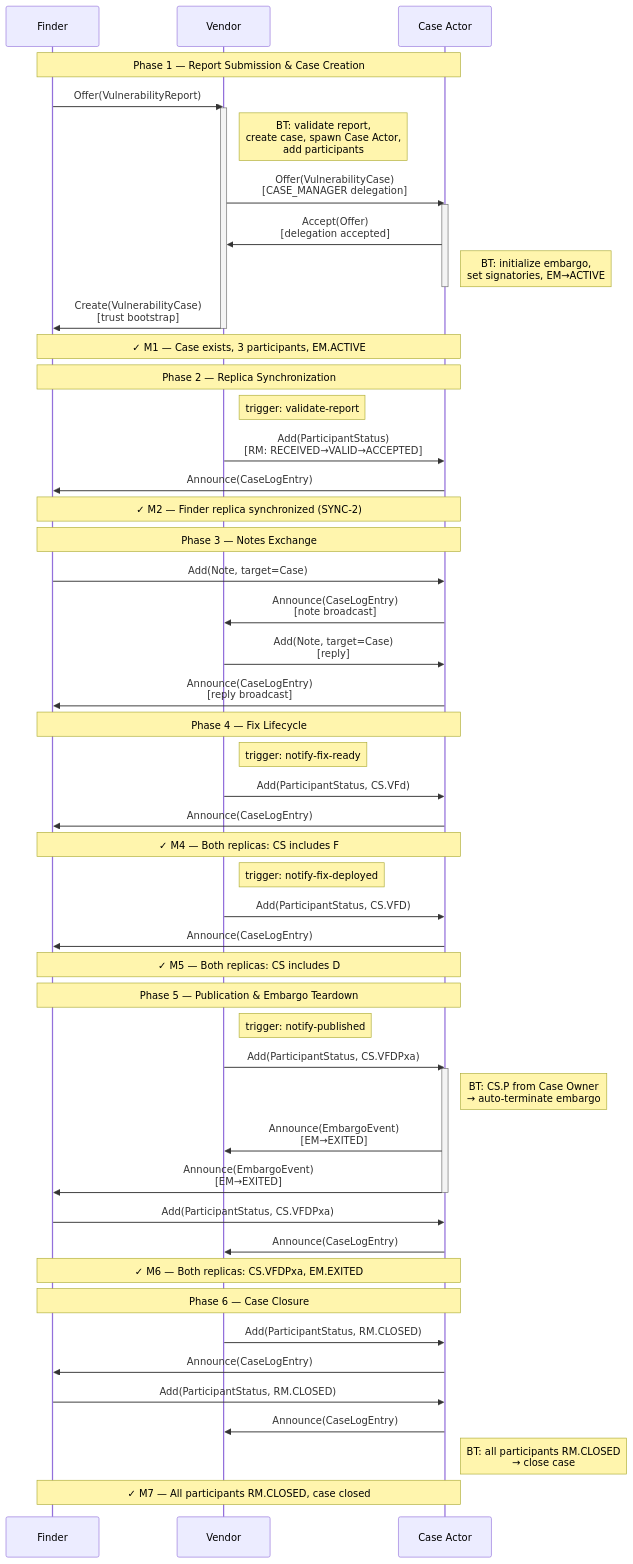
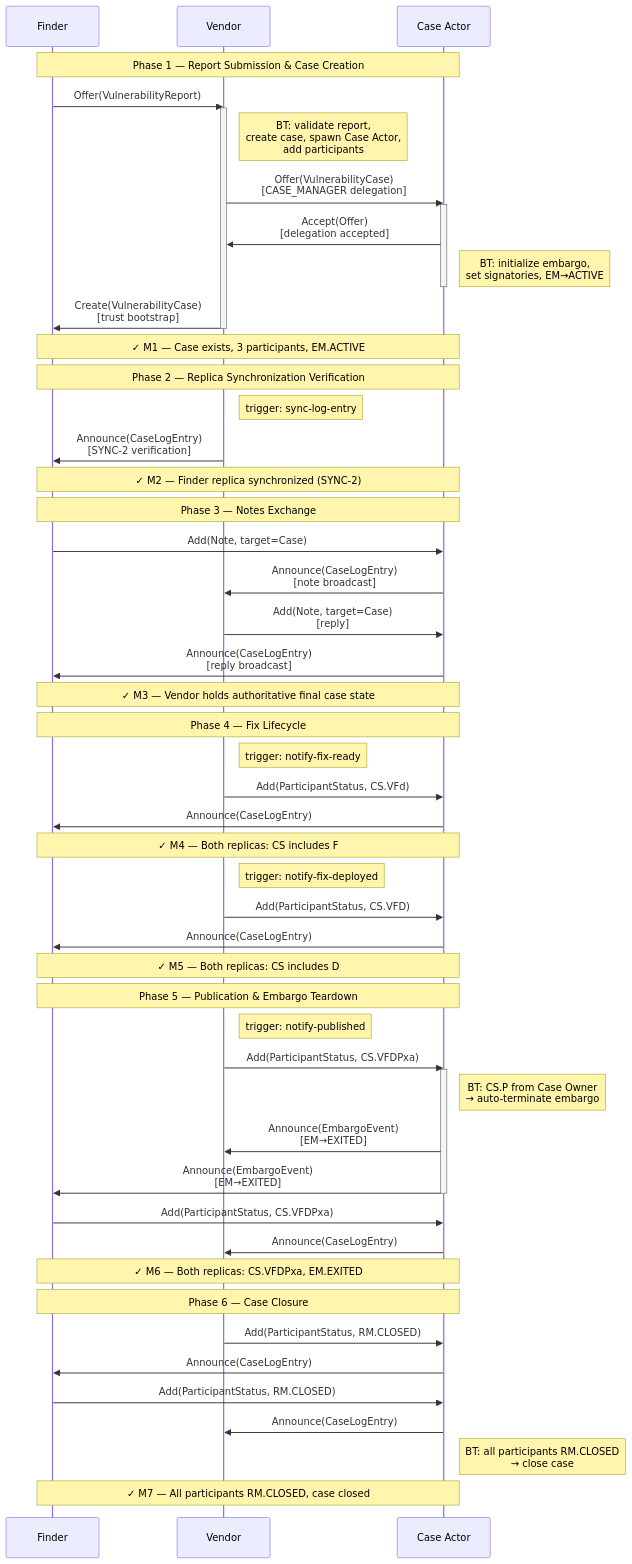
Before and after one commit to CERTCC/Vultron: the diagram in docs/reference/two-actor-demo-protocol.md, drawn with Mermaid. The commit also changed other lines of this file, not shown here.

````diff
--- a/docs/reference/two-actor-demo-protocol.md
+++ b/docs/reference/two-actor-demo-protocol.md
@@ -40,68 +39,69 @@
 ```mermaid
 sequenceDiagram
     participant F as Finder
     participant V as Vendor
     participant CA as Case Actor
 
     note over F,CA: Phase 1 — Report Submission & Case Creation
 
     F->>V: Offer(VulnerabilityReport)
     activate V
     note right of V: BT: validate report,<br/>create case, spawn Case Actor,<br/>add participants
     V->>CA: Offer(VulnerabilityCase)<br/>[CASE_MANAGER delegation]
     activate CA
     CA->>V: Accept(Offer)<br/>[delegation accepted]
     note right of CA: BT: initialize embargo,<br/>set signatories, EM→ACTIVE
     deactivate CA
     V->>F: Create(VulnerabilityCase)<br/>[trust bootstrap]
     deactivate V
     note over F,CA: ✓ M1 — Case exists, 3 participants, EM.ACTIVE
 
-    note over F,CA: Phase 2 — Replica Synchronization
+    note over F,CA: Phase 2 — Replica Synchronization Verification
 
-    note right of V: trigger: validate-report
-    V->>CA: Add(ParticipantStatus)<br/>[RM: RECEIVED→VALID→ACCEPTED]
-    CA->>F: Announce(CaseLogEntry)
+    note right of V: trigger: sync-log-entry
+    V->>F: Announce(CaseLogEntry)<br/>[SYNC-2 verification]
     note over F,CA: ✓ M2 — Finder replica synchronized (SYNC-2)
 
     note over F,CA: Phase 3 — Notes Exchange
 
     F->>CA: Add(Note, target=Case)
     CA->>V: Announce(CaseLogEntry)<br/>[note broadcast]
     V->>CA: Add(Note, target=Case)<br/>[reply]
     CA->>F: Announce(CaseLogEntry)<br/>[reply broadcast]
+
+    note over F,CA: ✓ M3 — Vendor holds authoritative final case state
 
     note over F,CA: Phase 4 — Fix Lifecycle
 
     note right of V: trigger: notify-fix-ready
     V->>CA: Add(ParticipantStatus, CS.VFd)
     CA->>F: Announce(CaseLogEntry)
     note over F,CA: ✓ M4 — Both replicas: CS includes F
 
     note right of V: trigger: notify-fix-deployed
     V->>CA: Add(ParticipantStatus, CS.VFD)
     CA->>F: Announce(CaseLogEntry)
     note over F,CA: ✓ M5 — Both replicas: CS includes D
 
     note over F,CA: Phase 5 — Publication & Embargo Teardown
 
     note right of V: trigger: notify-published
     V->>CA: Add(ParticipantStatus, CS.VFDPxa)
     activate CA
     note right of CA: BT: CS.P from Case Owner<br/>→ auto-terminate embargo
     CA->>V: Announce(EmbargoEvent)<br/>[EM→EXITED]
     CA->>F: Announce(EmbargoEvent)<br/>[EM→EXITED]
     deactivate CA
     F->>CA: Add(ParticipantStatus, CS.VFDPxa)
     CA->>V: Announce(CaseLogEntry)
     note over F,CA: ✓ M6 — Both replicas: CS.VFDPxa, EM.EXITED
 
     note over F,CA: Phase 6 — Case Closure
 
     V->>CA: Add(ParticipantStatus, RM.CLOSED)
     CA->>F: Announce(CaseLogEntry)
     F->>CA: Add(ParticipantStatus, RM.CLOSED)
     CA->>V: Announce(CaseLogEntry)
     note right of CA: BT: all participants RM.CLOSED<br/>→ close case
     note over F,CA: ✓ M7 — All participants RM.CLOSED, case closed
 ```
````
